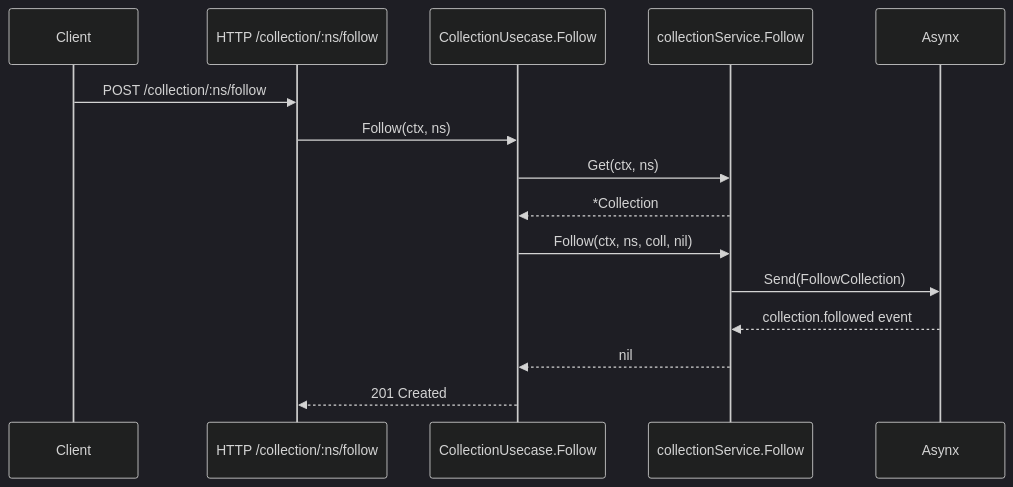
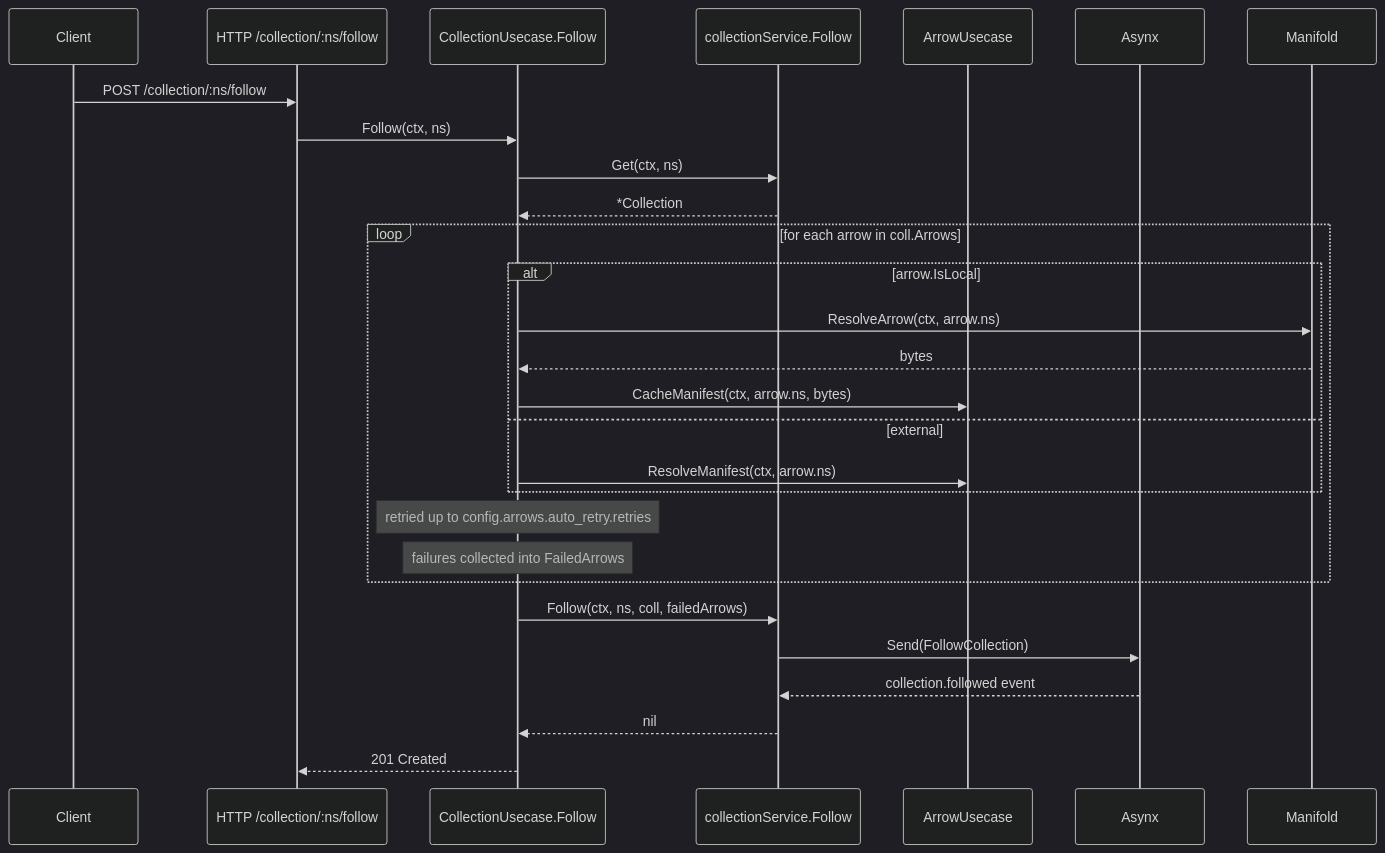
Before and after one commit to rabbytesoftware/quiver.core: the third of 3 diagrams in docs/spec/manifests/v0/collection.md, drawn with Mermaid (dark theme). The commit also changed other lines of this file and 9 other files, not shown here.

First line of the commit message:
fix(collection): follow warms the vault cache but writes nothing to the catalog

````diff
--- a/docs/spec/manifests/v0/collection.md
+++ b/docs/spec/manifests/v0/collection.md
@@ -255,18 +255,31 @@
 ```mermaid
 sequenceDiagram
     participant Client
     participant API as HTTP /collection/:ns/follow
     participant UC as CollectionUsecase.Follow
     participant Repo as collectionService.Follow
+    participant Arrows as ArrowUsecase
     participant Asynx
+    participant Mfd as Manifold
 
     Client->>API: POST /collection/:ns/follow
     API->>UC: Follow(ctx, ns)
     UC->>Repo: Get(ctx, ns)
     Repo-->>UC: *Collection
-    UC->>Repo: Follow(ctx, ns, coll, nil)
+    loop for each arrow in coll.Arrows
+        alt arrow.IsLocal
+            UC->>Mfd: ResolveArrow(ctx, arrow.ns)
+            Mfd-->>UC: bytes
+            UC->>Arrows: CacheManifest(ctx, arrow.ns, bytes)
+        else external
+            UC->>Arrows: ResolveManifest(ctx, arrow.ns)
+        end
+        Note over UC: retried up to config.arrows.auto_retry.retries
+        Note over UC: failures collected into FailedArrows
+    end
+    UC->>Repo: Follow(ctx, ns, coll, failedArrows)
     Repo->>Asynx: Send(FollowCollection)
     Asynx-->>Repo: collection.followed event
     Repo-->>UC: nil
     UC-->>API: 201 Created
 ```
````
